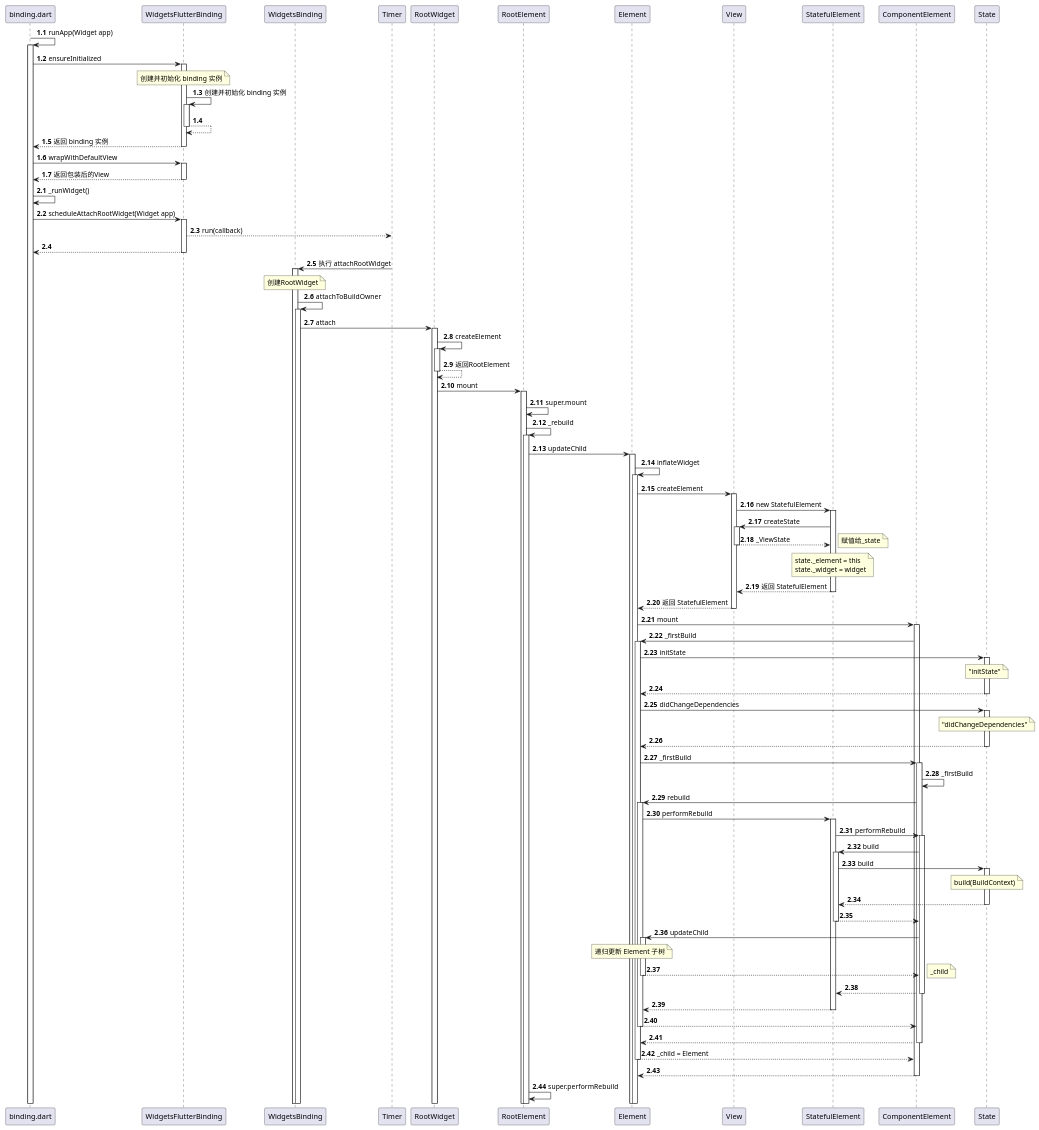
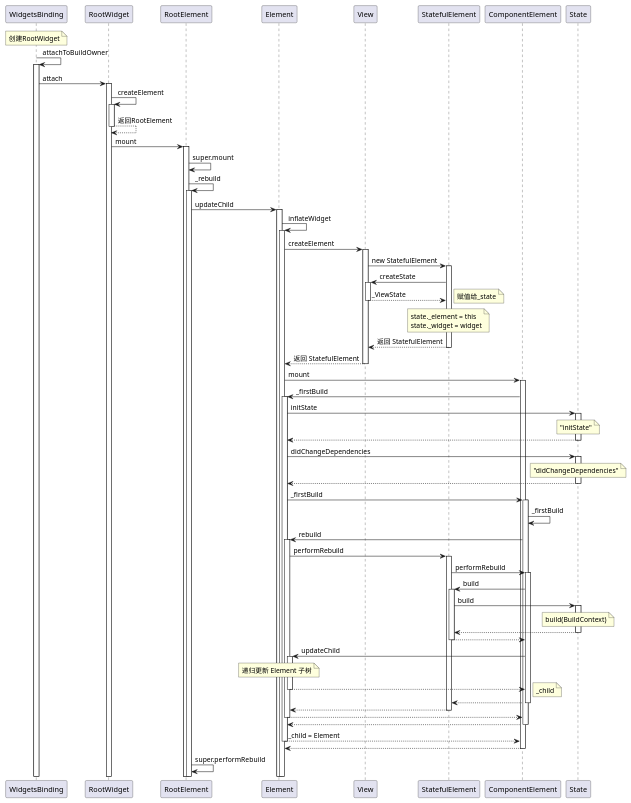
Before and after one commit to Zivwu/uml: the diagram in flutter/run_app_sequence.puml, drawn with PlantUML. The commit also changed 3 other files, not shown here.

```diff
--- a/flutter/run_app_sequence.puml
+++ b/flutter/run_app_sequence.puml
@@ -1,87 +1,67 @@
 @startuml
 !pragma layout smetana
 
-participant binding.dart as main
-participant WidgetsFlutterBinding
 participant WidgetsBinding
-participant Timer
 participant RootWidget
 participant RootElement
 participant Element
 
-autonumber 1.1
-main -> main ++ : runApp(Widget app)
-main -> WidgetsFlutterBinding ++ : ensureInitialized
-
-note over WidgetsFlutterBinding : 创建并初始化 binding 实例
-WidgetsFlutterBinding -> WidgetsFlutterBinding ++: 创建并初始化 binding 实例
-return
-return 返回 binding 实例
 
 
-main -> WidgetsFlutterBinding ++ : wrapWithDefaultView
-return 返回包装后的View
-
-autonumber 2.1
-main -> main :_runWidget()
-main -> WidgetsFlutterBinding ++ : scheduleAttachRootWidget(Widget app)
-WidgetsFlutterBinding --> Timer : run(callback)
-return
-Timer -> WidgetsBinding ++: 执行 attachRootWidget
 note over WidgetsBinding : 创建RootWidget
 WidgetsBinding -> WidgetsBinding ++:attachToBuildOwner
 WidgetsBinding -> RootWidget ++:attach
 RootWidget -> RootWidget ++:createElement
 return 返回RootElement
 RootWidget -> RootElement ++:mount
 RootElement -> RootElement :super.mount
 RootElement -> RootElement ++ :_rebuild
 RootElement -> Element  ++ :updateChild
 Element -> Element  ++ :inflateWidget
 
 Element -> View ++ :createElement
 View -> StatefulElement ++ :new StatefulElement
 StatefulElement -> View ++ :createState
 return _ViewState
 note right : 赋值给_state
 note over StatefulElement
 state._element = this
 state._widget = widget
 end note
 return 返回 StatefulElement
 return 返回 StatefulElement
 
 Element -> ComponentElement ++ :mount
 ComponentElement -> Element ++ :_firstBuild
 Element -> State  ++ :initState
 note over State  :"initState"
 return
 Element -> State  ++ :didChangeDependencies
 note over State  :"didChangeDependencies"
 return
 Element -> ComponentElement ++ :_firstBuild
 ComponentElement -> ComponentElement  :_firstBuild
 ComponentElement -> Element  ++ :rebuild
 Element -> StatefulElement  ++ :performRebuild
 StatefulElement -> ComponentElement  ++ :performRebuild
 ComponentElement -> StatefulElement  ++ :build
 StatefulElement -> State  ++ :build
 note over  State : build(BuildContext)
 return
 return
 ComponentElement -> Element  ++ :updateChild
 note over Element : 递归更新 Element 子树
 return
 note right  : _child
 
 return
 return
 return
 return
 
 
 
 return _child = Element
 return
 RootElement -> RootElement :super.performRebuild
 @enduml
```
